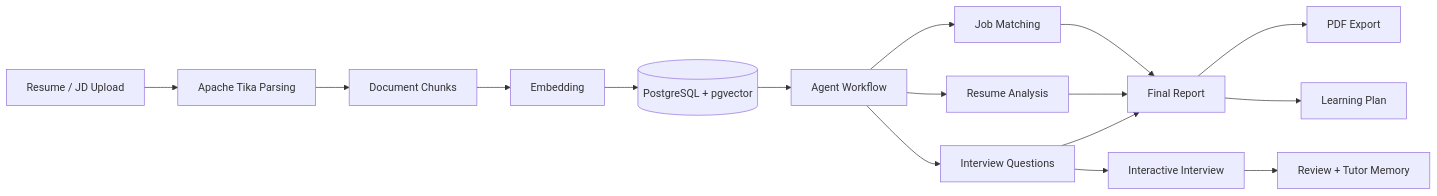
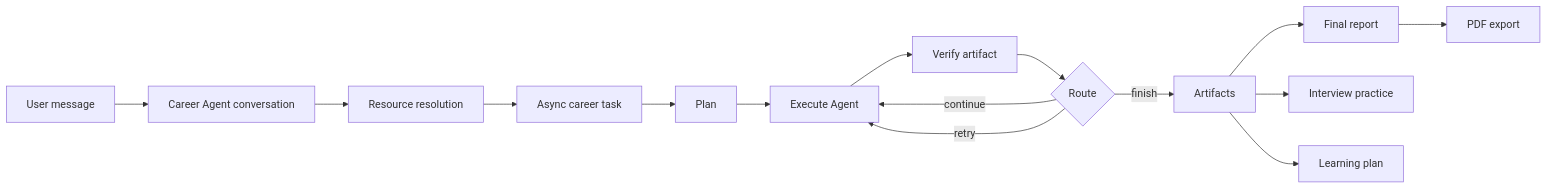
One commit to yangweizhao97-glitch/SkillPilot changed the first of 2 diagrams in README.md. Above: the diagram before and after it, drawn with Mermaid. The commit also changed other lines of this file and 2 other files, not shown here.

````diff
--- a/README.md
+++ b/README.md
@@ -35,18 +22,17 @@
 ```mermaid
 flowchart LR
-    A[Resume / JD Upload] --> B[Apache Tika Parsing]
-    B --> C[Document Chunks]
-    C --> D[Embedding]
-    D --> E[(PostgreSQL + pgvector)]
-    E --> F[Agent Workflow]
-    F --> G[Job Matching]
-    F --> H[Resume Analysis]
-    F --> I[Interview Questions]
-    G --> J[Final Report]
-    H --> J
-    I --> J
-    J --> K[PDF Export]
-    J --> L[Learning Plan]
-    I --> M[Interactive Interview]
-    M --> N[Review + Tutor Memory]
+    U[User message] --> C[Career Agent conversation]
+    C --> R[Resource resolution]
+    R --> T[Async career task]
+    T --> P[Plan]
+    P --> E[Execute Agent]
+    E --> V[Verify artifact]
+    V --> O{Route}
+    O -->|continue| E
+    O -->|retry| E
+    O -->|finish| A[Artifacts]
+    A --> FR[Final report]
+    A --> IQ[Interview practice]
+    A --> LP[Learning plan]
+    FR --> PDF[PDF export]
 ```
````
